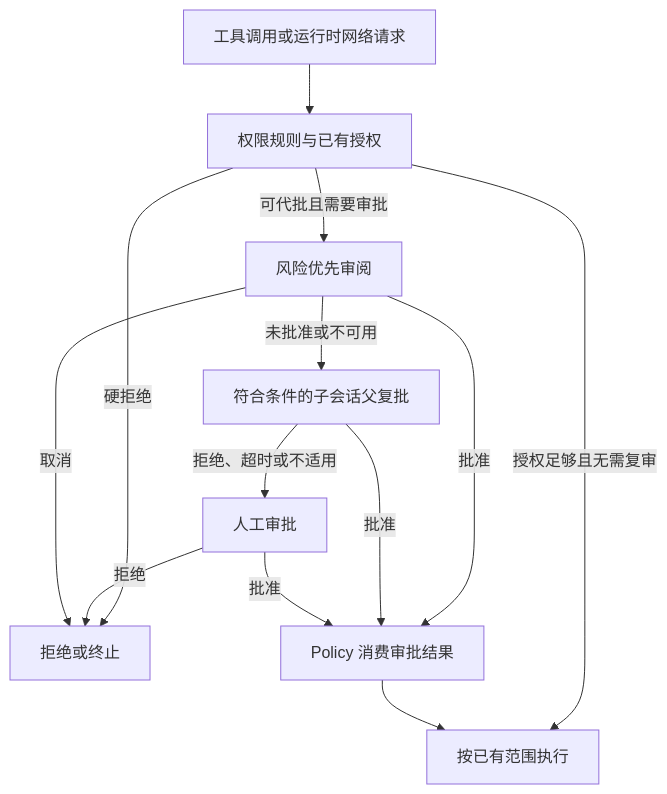
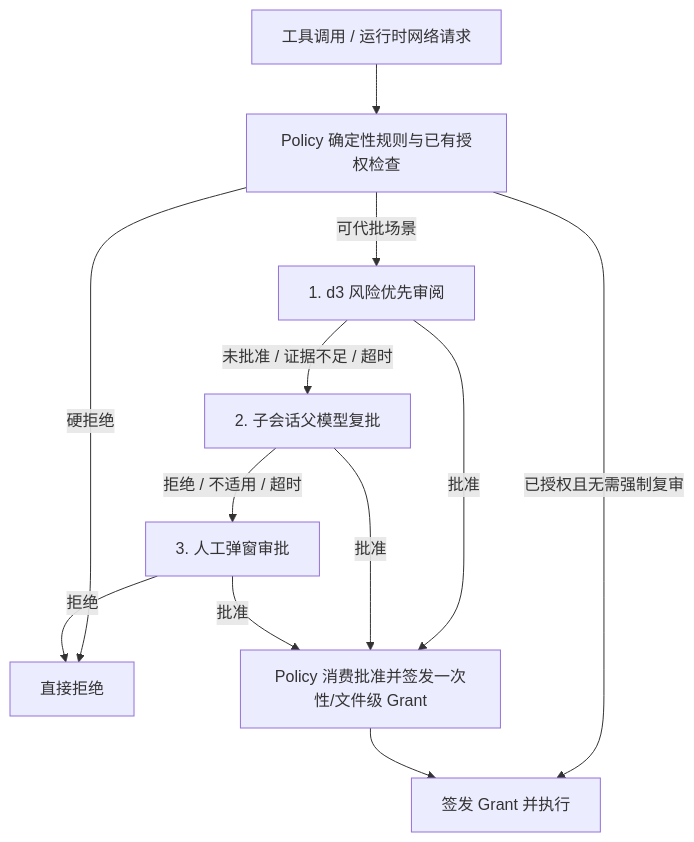
The first of 2 diagrams in docs/design/d3-authorization.md (Summer-DeZ/DAgent), drawn with Mermaid before and after one commit. The commit also changed other lines of this file and 22 other files, not shown here.

Commit message:
docs(design): streamline design docs to focus on architecture and core workflows

````diff
--- a/docs/design/d3-authorization.md
+++ b/docs/design/d3-authorization.md
@@ -35,15 +13,13 @@
 ```mermaid
 flowchart TD
-    A[工具调用或运行时网络请求] --> B[权限规则与已有授权]
-    B -->|硬拒绝| X[拒绝或终止]
-    B -->|授权足够且无需复审| G[按已有范围执行]
-    B -->|可代批且需要审批| C[风险优先审阅]
-    C -->|批准| D[Policy 消费审批结果]
-    D --> G
-    C -->|未批准或不可用| E[符合条件的子会话父复批]
-    E -->|批准| D
-    E -->|拒绝、超时或不适用| F[人工审批]
-    F -->|批准| D
-    F -->|拒绝| X
-    C -->|取消| X
+    REQ[工具调用 / 运行时网络请求] --> RULE[Policy 确定性规则与已有授权检查]
+    RULE -->|硬拒绝| DENY[直接拒绝]
+    RULE -->|已授权且无需强制复审| EXEC[签发 Grant 并执行]
+    RULE -->|可代批场景| D3[1. d3 风险优先审阅]
+    D3 -->|批准| CONSUME[Policy 消费批准并签发一次性/文件级 Grant] --> EXEC
+    D3 -->|未批准 / 证据不足 / 超时| PARENT[2. 子会话父模型复批]
+    PARENT -->|批准| CONSUME
+    PARENT -->|拒绝 / 不适用 / 超时| USER[3. 人工弹窗审批]
+    USER -->|批准| CONSUME
+    USER -->|拒绝| DENY
 ```
````
